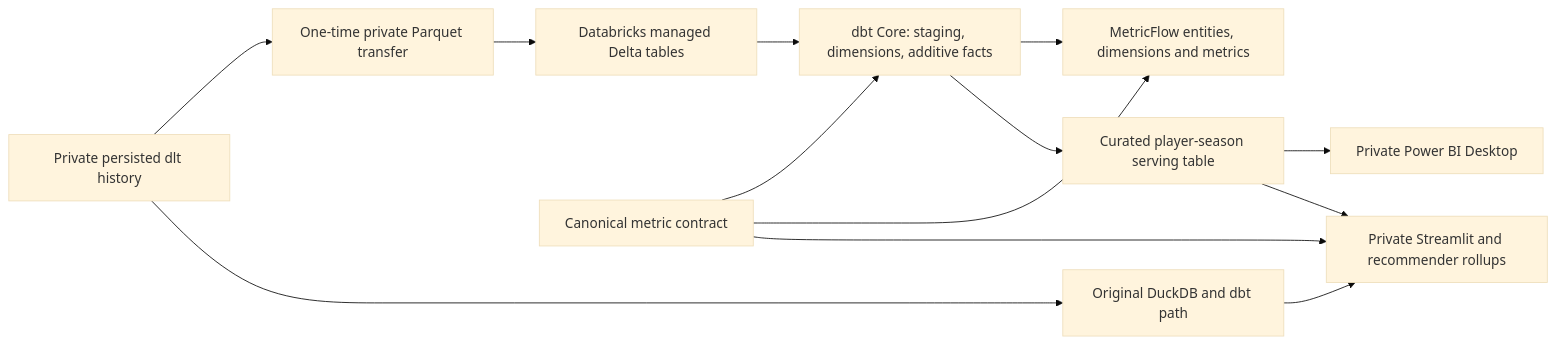
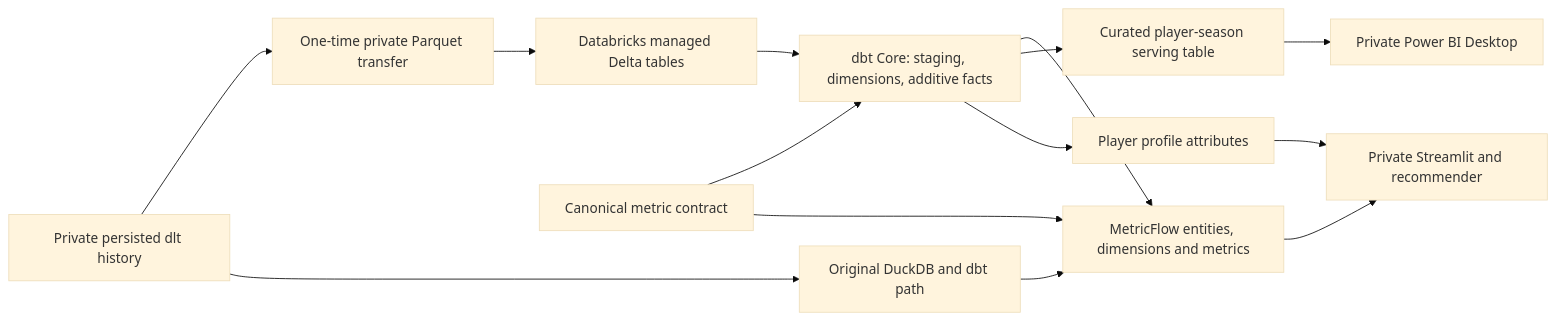
Before and after one commit to hquantran/soccer-analytics: the diagram in README.md, drawn with Mermaid (base theme). The commit also changed other lines of this file and 21 other files, not shown here.

````diff
--- a/README.md
+++ b/README.md
@@ -16,15 +16,16 @@
 ```mermaid
 flowchart LR
     History[Private persisted dlt history] --> Parquet[One-time private Parquet transfer]
     Parquet --> Delta[Databricks managed Delta tables]
     Delta --> DBT[dbt Core: staging, dimensions, additive facts]
     DBT --> Semantics[MetricFlow entities, dimensions and metrics]
     DBT --> BI[Curated player-season serving table]
     Contract[Canonical metric contract] --> DBT
     Contract --> Semantics
-    Contract --> Local[Private Streamlit and recommender rollups]
+    Semantics --> Local[Private Streamlit and recommender]
+    DBT --> Attributes[Player profile attributes]
+    Attributes --> Local
     BI --> PowerBI[Private Power BI Desktop]
-    BI --> Local
     History --> DuckDB[Original DuckDB and dbt path]
-    DuckDB --> Local
+    DuckDB --> Semantics
 ```
````
